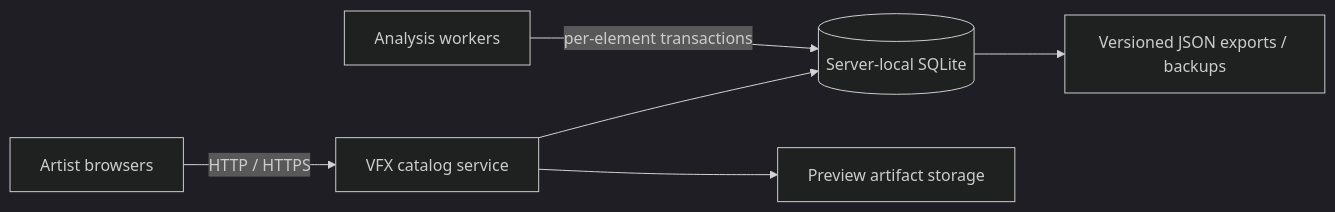
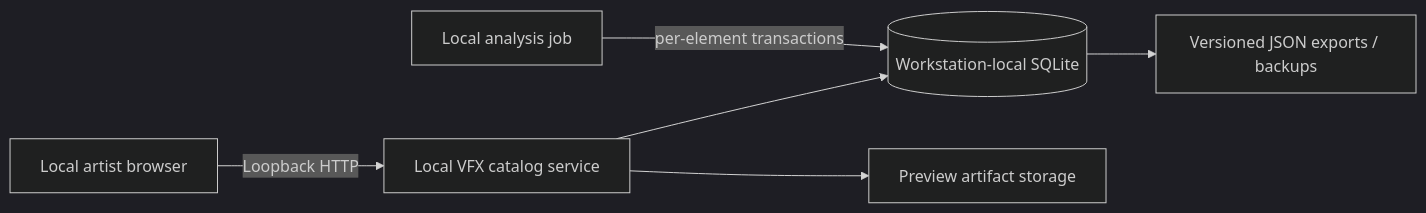
Before and after one commit to kkthxs/vfx-element-tagger: the second of 2 diagrams in README.md, drawn with Mermaid (dark theme). The commit also changed other lines of this file and 4 other files, not shown here.

````diff
--- a/README.md
+++ b/README.md
@@ -186,8 +187,8 @@
 ```mermaid
 flowchart LR
-    A["Artist browsers"] -->|HTTP / HTTPS| S["VFX catalog service"]
-    W["Analysis workers"] -->|per-element transactions| D[("Server-local SQLite")]
+    A["Local artist browser"] -->|Loopback HTTP| S["Local VFX catalog service"]
+    W["Local analysis job"] -->|per-element transactions| D[("Workstation-local SQLite")]
     S --> D
     S --> P["Preview artifact storage"]
     D --> B["Versioned JSON exports / backups"]
 ```
````
